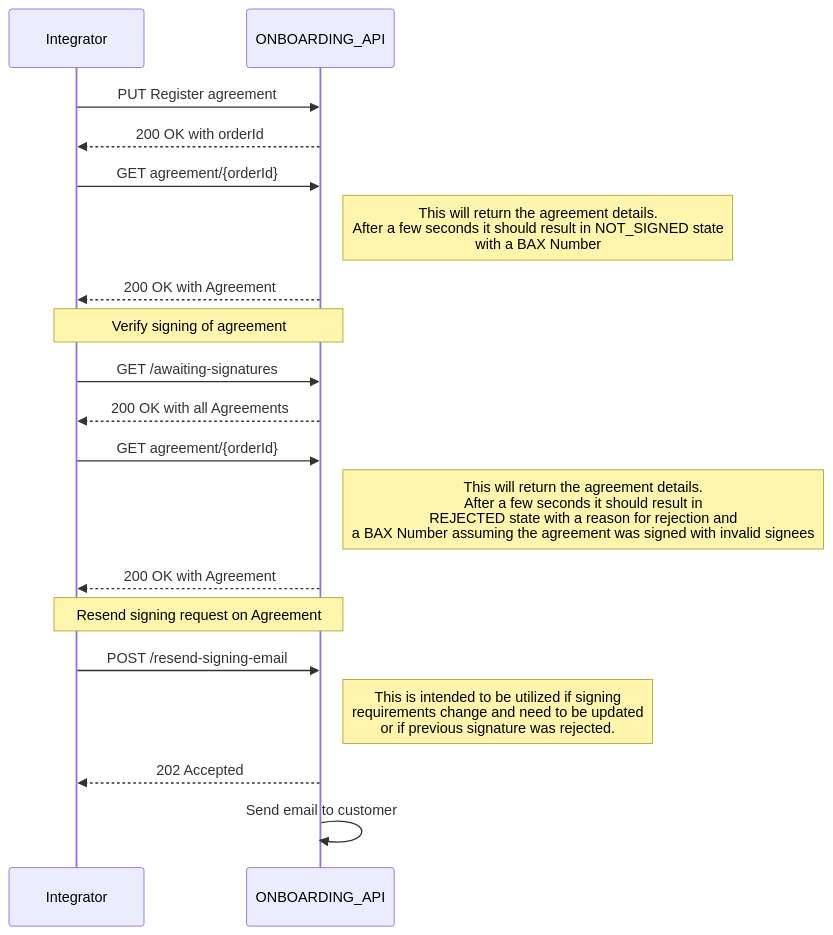
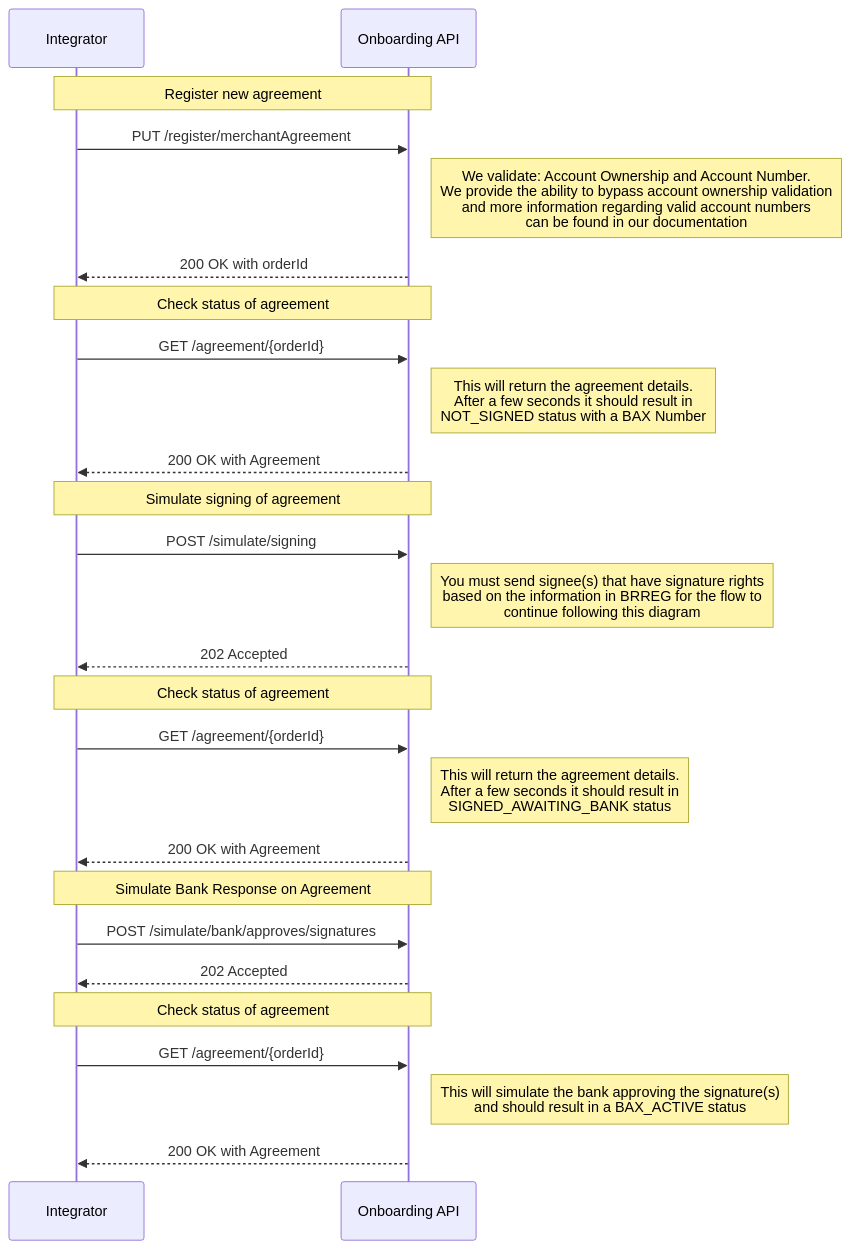
Before and after one commit to BankAxept/bankaxept-onboarding-external-documentation: the second of 6 diagrams in docs/getting_started.md, drawn with Mermaid. The commit also changed other lines of this file and 1 other file, not shown here.

Commit message:
Updates after feedback from docs review (#19)

````diff
--- a/docs/getting_started.md
+++ b/docs/getting_started.md
@@ -57,25 +77,34 @@
 ```mermaid
 sequenceDiagram
 participant I as Integrator
-participant O as ONBOARDING_API
+participant O as Onboarding API
 
-I ->> O: PUT Register agreement
+note over I, O: Register new agreement
+I ->> O: PUT /register/merchantAgreement
+note right of O: We validate: Account Ownership and Account Number. <br/> We provide the ability to bypass account ownership validation <br/> and more information regarding valid account numbers <br/> can be found in our documentation
 O -->> I: 200 OK with orderId
 
-I ->> O : GET agreement/{orderId}
-note right of O: This will return the agreement details. <br/> After a few seconds it should result in NOT_SIGNED state <br/> with a BAX Number
-O -->> I: 200 OK with Agreement
-note over I, O: Verify signing of agreement
-I ->> O: GET /awaiting-signatures
-O -->> I: 200 OK with all Agreements
-I ->> O : GET agreement/{orderId}
-note right of O: This will return the agreement details. <br/> After a few seconds it should result in <br/> REJECTED state with a reason for rejection and <br/> a BAX Number assuming the agreement was signed with invalid signees
+note over I, O: Check status of agreement
+I ->> O: GET /agreement/{orderId}
+note right of O: This will return the agreement details. <br/> After a few seconds it should result in <br/> NOT_SIGNED status with a BAX Number
 O -->> I: 200 OK with Agreement
 
-note over I, O: Resend signing request on Agreement
-I ->> O: POST /resend-signing-email
-note right of O: This is intended to be utilized if signing <br/> requirements change and need to be updated <br/> or if previous signature was rejected.
+note over I, O: Simulate signing of agreement
+I ->> O: POST /simulate/signing
+note right of O: You must send signee(s) that have signature rights <br/> based on the information in BRREG for the flow to <br/> continue following this diagram
+O -->> I: 202 Accepted
 
+note over I, O: Check status of agreement
+I ->> O: GET /agreement/{orderId}
+note right of O: This will return the agreement details. <br/> After a few seconds it should result in <br/> SIGNED_AWAITING_BANK status
+O -->> I: 200 OK with Agreement
+
+note over I, O: Simulate Bank Response on Agreement
+I ->> O: POST /simulate/bank/approves/signatures
 O -->> I: 202 Accepted
-O ->> O: Send email to customer
+
+note over I, O: Check status of agreement
+I ->> O: GET /agreement/{orderId}
+note right of O: This will simulate the bank approving the signature(s) <br/> and should result in a BAX_ACTIVE status
+O -->> I: 200 OK with Agreement
 ```
````
